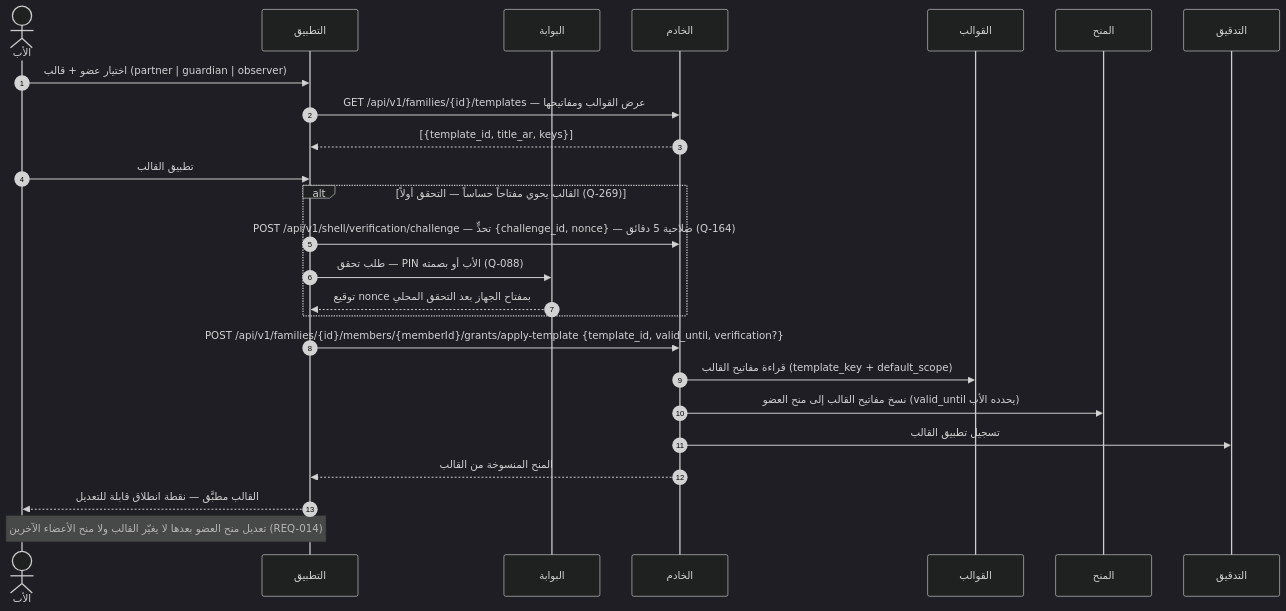
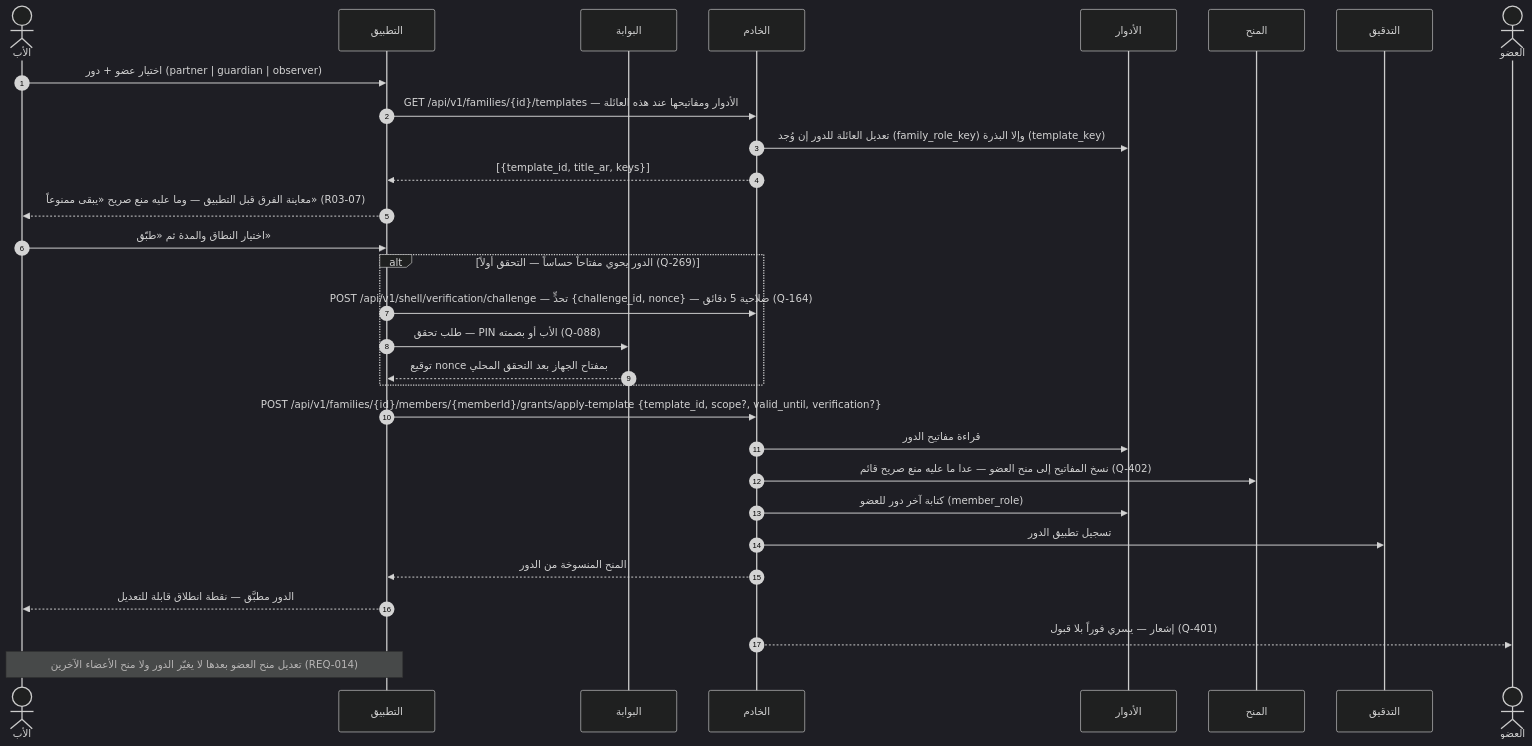
The fifth of 18 diagrams in docs/family-os/governance/phases/phase-1/S1-03-family-roles-and-permissions/DIAGRAMS.md (Bassam-mohammed-alqaeadi/family-os-v2), drawn with Mermaid (dark theme) before and after one commit. The commit also changed other lines of this file and 13 other files, not shown here.

````diff
--- a/docs/family-os/governance/phases/phase-1/S1-03-family-roles-and-permissions/DIAGRAMS.md
+++ b/docs/family-os/governance/phases/phase-1/S1-03-family-roles-and-permissions/DIAGRAMS.md
@@ -249,27 +332,32 @@
 ```mermaid
 sequenceDiagram
     autonumber
     actor Father as الأب
     participant App as التطبيق
     participant S101 as البوابة
     participant Ktor as الخادم
-    participant Templates as القوالب
+    participant Roles as الأدوار
     participant Grants as المنح
     participant Audit as التدقيق
-    Father->>App: اختيار عضو + قالب (partner | guardian | observer)
-    App->>Ktor: GET /api/v1/families/{id}/templates — عرض القوالب ومفاتيحها
+    actor Member as العضو
+    Father->>App: اختيار عضو + دور (partner | guardian | observer)
+    App->>Ktor: GET /api/v1/families/{id}/templates — الأدوار ومفاتيحها عند هذه العائلة
+    Ktor->>Roles: تعديل العائلة للدور إن وُجد (family_role_key) وإلا البذرة (template_key)
     Ktor-->>App: [{template_id, title_ar, keys}]
-    Father->>App: تطبيق القالب
-    alt القالب يحوي مفتاحاً حساساً — التحقق أولاً (Q-269)
+    App-->>Father: معاينة الفرق قبل التطبيق — وما عليه منع صريح «يبقى ممنوعاً» (R03-07)
+    Father->>App: اختيار النطاق والمدة ثم «طبّق»
+    alt الدور يحوي مفتاحاً حساساً — التحقق أولاً (Q-269)
         App->>Ktor: POST /api/v1/shell/verification/challenge — تحدٍّ {challenge_id, nonce} — صلاحية 5 دقائق (Q-164)
         App->>S101: طلب تحقق — PIN الأب أو بصمته (Q-088)
         S101-->>App: توقيع nonce بمفتاح الجهاز بعد التحقق المحلي
     end
-    App->>Ktor: POST /api/v1/families/{id}/members/{memberId}/grants/apply-template {template_id, valid_until, verification?}
-    Ktor->>Templates: قراءة مفاتيح القالب (template_key + default_scope)
-    Ktor->>Grants: نسخ مفاتيح القالب إلى منح العضو (valid_until يحدده الأب)
-    Ktor->>Audit: تسجيل تطبيق القالب
-    Ktor-->>App: المنح المنسوخة من القالب
-    App-->>Father: القالب مطبَّق — نقطة انطلاق قابلة للتعديل
-    Note over Father,App: تعديل منح العضو بعدها لا يغيّر القالب ولا منح الأعضاء الآخرين (REQ-014)
+    App->>Ktor: POST /api/v1/families/{id}/members/{memberId}/grants/apply-template {template_id, scope?, valid_until, verification?}
+    Ktor->>Roles: قراءة مفاتيح الدور
+    Ktor->>Grants: نسخ المفاتيح إلى منح العضو — عدا ما عليه منع صريح قائم (Q-402)
+    Ktor->>Roles: كتابة آخر دور للعضو (member_role)
+    Ktor->>Audit: تسجيل تطبيق الدور
+    Ktor-->>App: المنح المنسوخة من الدور
+    App-->>Father: الدور مطبَّق — نقطة انطلاق قابلة للتعديل
+    Ktor-->>Member: إشعار — يسري فوراً بلا قبول (Q-401)
+    Note over Father,App: تعديل منح العضو بعدها لا يغيّر الدور ولا منح الأعضاء الآخرين (REQ-014)
 ```
````
